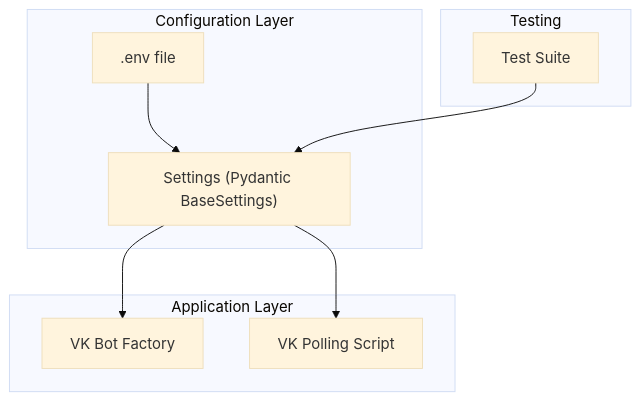
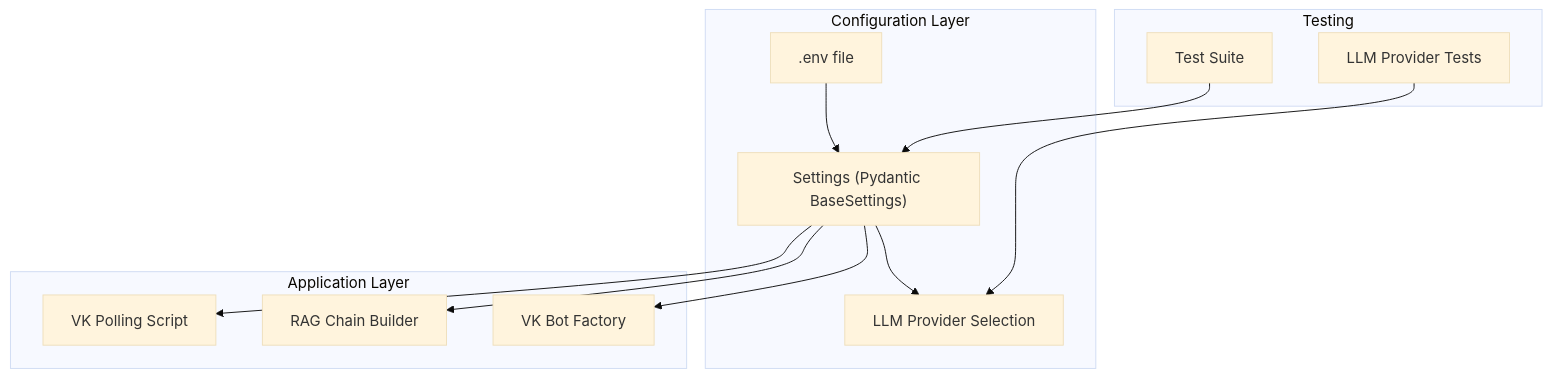
The first of 6 diagrams in .qoder/repowiki/en/content/Configuration Management.md (ognelis/cafetera_hr_bot), drawn with Mermaid (base theme) before and after one commit. The commit also changed other lines of this file and 13 other files, not shown here.

````diff
--- a/.qoder/repowiki/en/content/Configuration Management.md
+++ b/.qoder/repowiki/en/content/Configuration Management.md
@@ -35,18 +49,24 @@
 ```mermaid
 graph TB
 subgraph "Configuration Layer"
 SettingsClass["Settings (Pydantic BaseSettings)"]
 EnvFile[".env file"]
+LLMProvider["LLM Provider Selection"]
 end
 subgraph "Application Layer"
 VKBot["VK Bot Factory"]
+RAGChain["RAG Chain Builder"]
 PollingScript["VK Polling Script"]
 end
 subgraph "Testing"
 TestConfig["Test Suite"]
+TestLLMProvider["LLM Provider Tests"]
 end
 EnvFile --> SettingsClass
+SettingsClass --> LLMProvider
 SettingsClass --> VKBot
+SettingsClass --> RAGChain
 SettingsClass --> PollingScript
 TestConfig --> SettingsClass
+TestLLMProvider --> LLMProvider
 ```
````
